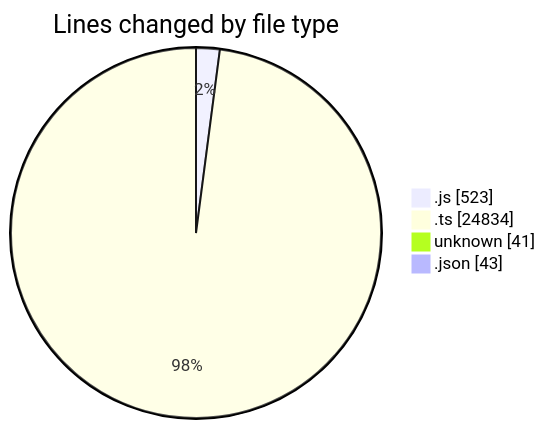
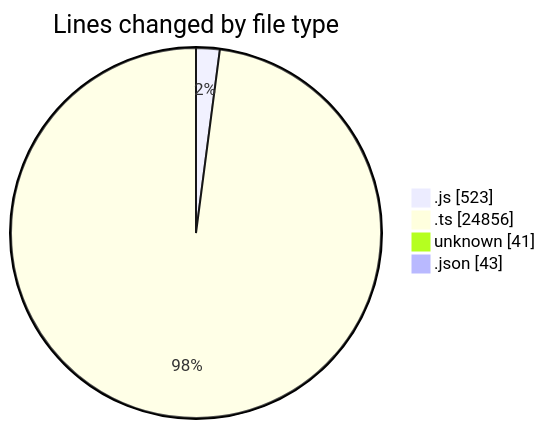
The first of 2 diagrams in 2025-08-15/cda/README.md (momahboobian/code-tracking), drawn with Mermaid before and after one commit. The commit also changed other lines of this file and 1 other file, not shown here.

````diff
--- a/2025-08-15/cda/README.md
+++ b/2025-08-15/cda/README.md
@@ -31,8 +31,8 @@
 ```mermaid
 pie showData
 title Lines changed by file type
 ".js" : 523
-".ts" : 24834
+".ts" : 24856
 "unknown" : 41
 ".json" : 43
 ```
````
